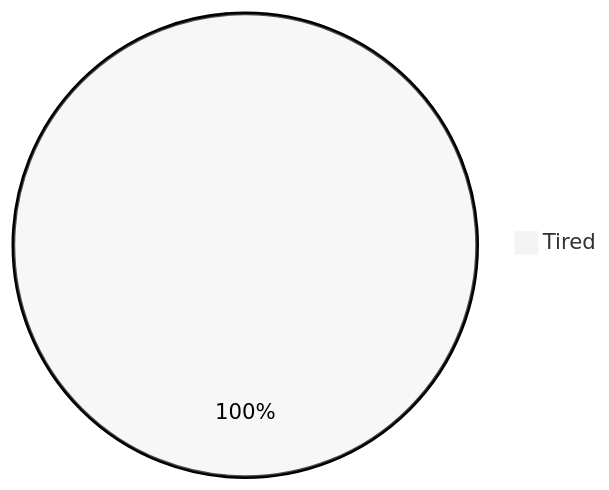
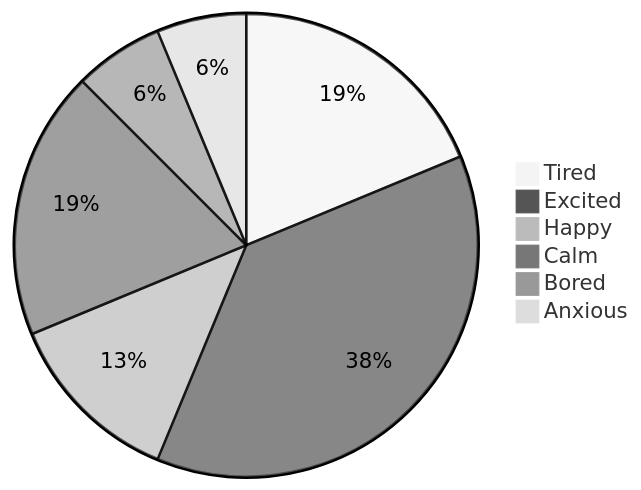
One commit to S4-Smart-mobile/S4-Smart-Mobile changed the ninth of 17 diagrams in documentation/interviews-surveys/mood-mental-health-survey-V2.md. Above: the diagram before and after it, drawn with Mermaid (neutral theme). The commit also changed other lines of this file, not shown here.

````diff
--- a/documentation/interviews-surveys/mood-mental-health-survey-V2.md
+++ b/documentation/interviews-surveys/mood-mental-health-survey-V2.md
@@ -152,4 +182,9 @@
 ```mermaid
 pie
-"Tired": 2
+"Tired": 3
+"Excited": 6
+"Happy": 2
+"Calm": 3
+"Bored": 1
+"Anxious": 1
 ```
````
